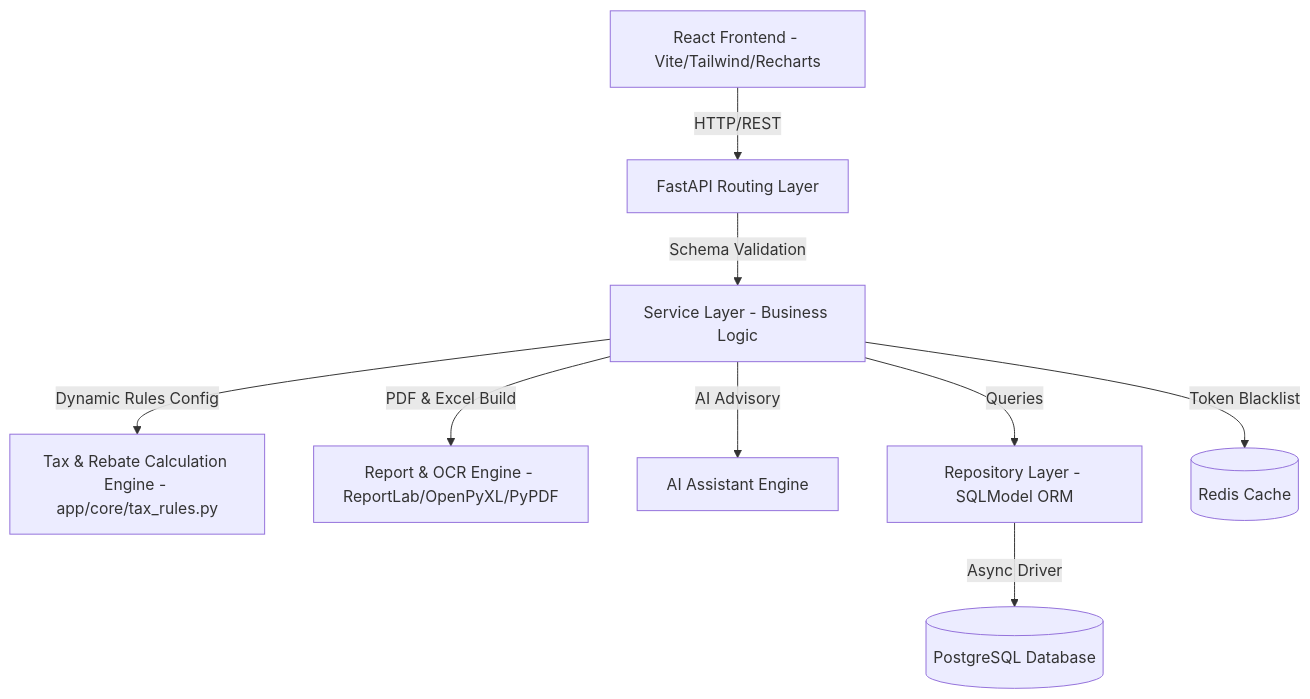
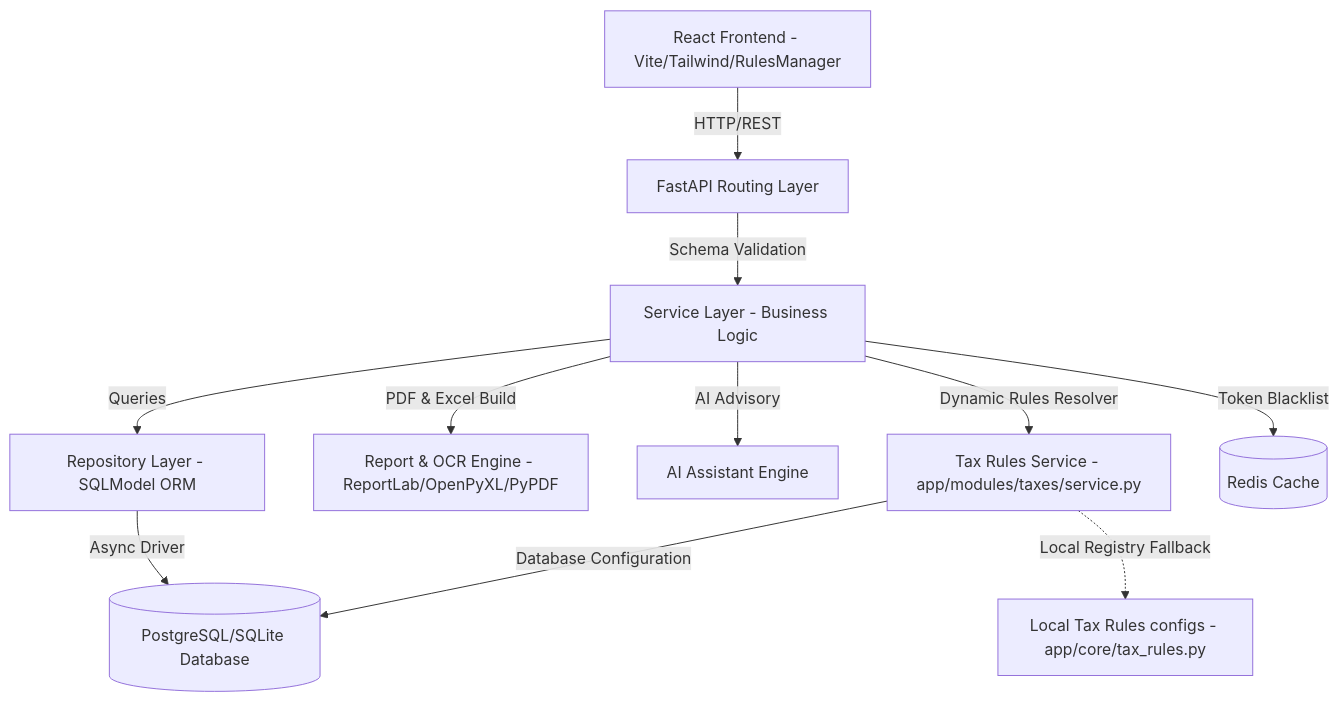
One commit to momenurmaruf2742/bangladesh_tax_suite changed the diagram in docs/architecture.md. Above: the diagram before and after it, drawn with Mermaid. The commit also changed 1 other file, not shown here.

Commit message:
Update system architecture and API documentation for dynamic tax rules engine

````diff
--- a/docs/architecture.md
+++ b/docs/architecture.md
@@ -7,11 +7,13 @@
 ```mermaid
 graph TD
-    Client[React Frontend - Vite/Tailwind/Recharts] -->|HTTP/REST| API[FastAPI Routing Layer]
+    Client[React Frontend - Vite/Tailwind/RulesManager] -->|HTTP/REST| API[FastAPI Routing Layer]
     API -->|Schema Validation| Service[Service Layer - Business Logic]
-    Service -->|Dynamic Rules Config| TaxEngine[Tax & Rebate Calculation Engine - app/core/tax_rules.py]
+    Service -->|Dynamic Rules Resolver| TaxEngine[Tax Rules Service - app/modules/taxes/service.py]
+    TaxEngine -->|Database Configuration| DB[(PostgreSQL/SQLite Database)]
+    TaxEngine -.->|Local Registry Fallback| LocalRules[Local Tax Rules configs - app/core/tax_rules.py]
     Service -->|PDF & Excel Build| Reports[Report & OCR Engine - ReportLab/OpenPyXL/PyPDF]
     Service -->|AI Advisory| AiAssistant[AI Assistant Engine]
     Service -->|Queries| Repo[Repository Layer - SQLModel ORM]
-    Repo -->|Async Driver| DB[(PostgreSQL Database)]
+    Repo -->|Async Driver| DB
     Service -->|Token Blacklist| Cache[(Redis Cache)]
 ```
````
